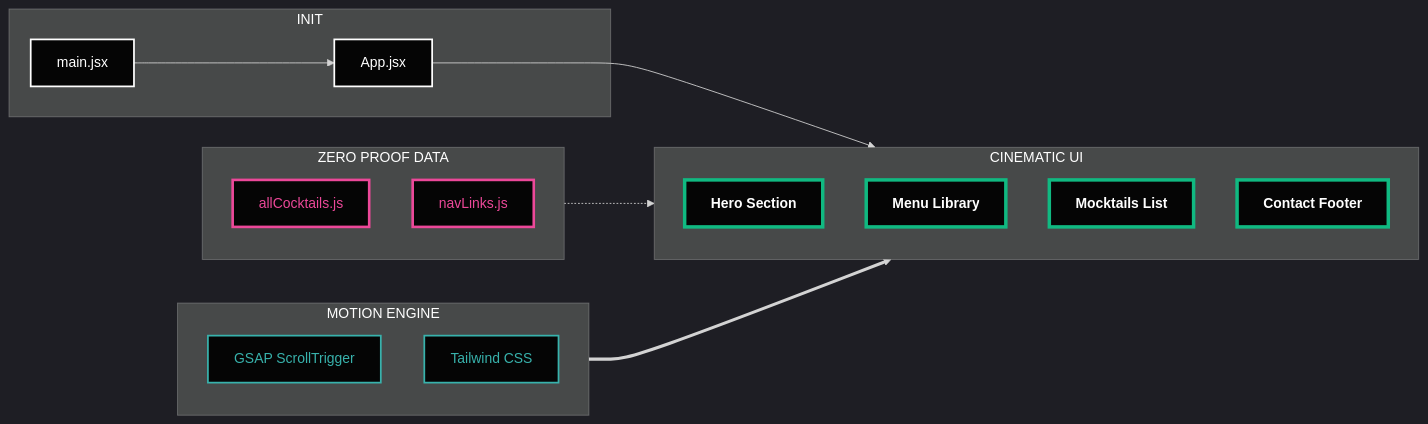
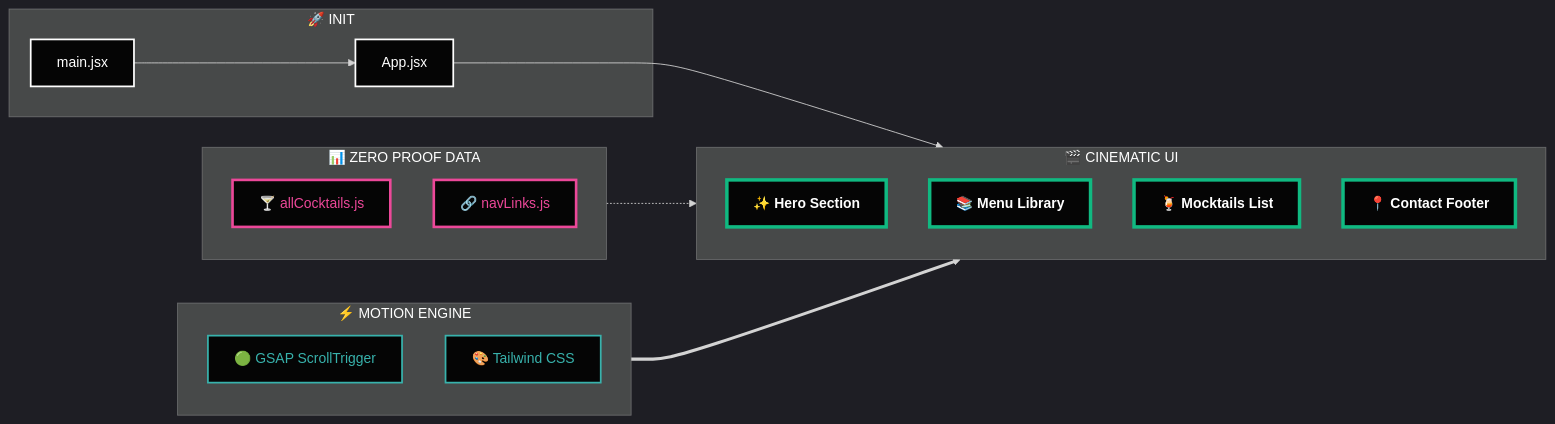
Before and after one commit to salonyranjan/Mocktail: the diagram in README.md, drawn with Mermaid. The commit also changed other lines of this file, not shown here.

````diff
--- a/README.md
+++ b/README.md
@@ -223,39 +372,39 @@
 ```mermaid
 %%{init: {'theme': 'dark', 'themeVariables': { 'fontSize': '16px', 'primaryColor': '#10b981'}}}%%
 
 graph LR
-    subgraph Root [INIT]
+    subgraph Root ["🚀 INIT"]
         Main[main.jsx] --> App[App.jsx]
     end
 
-    subgraph Engine [MOTION ENGINE]
-        GSAP[GSAP ScrollTrigger]
-        Tailwind[Tailwind CSS]
+    subgraph Engine ["⚡ MOTION ENGINE"]
+        GSAP[🟢 GSAP ScrollTrigger]
+        Tailwind[🎨 Tailwind CSS]
     end
 
-    subgraph Data [ZERO PROOF DATA]
-        Cocktails[allCocktails.js]
-        Nav[navLinks.js]
+    subgraph Data ["📊 ZERO PROOF DATA"]
+        Cocktails[🍸 allCocktails.js]
+        Nav[🔗 navLinks.js]
     end
 
-    subgraph UI [CINEMATIC UI]
-        Hero[Hero Section]
-        Menu[Menu Library]
-        Mocktails[Mocktails List]
-        Contact[Contact Footer]
+    subgraph UI ["🎬 CINEMATIC UI"]
+        Hero[✨ Hero Section]
+        Menu[📚 Menu Library]
+        Mocktails[🍹 Mocktails List]
+        Contact[📍 Contact Footer]
     end
 
     App --> UI
     Data -.-> UI
     Engine ==> UI
 
     classDef root fill:#050505,stroke:#fff,stroke-width:2px,color:#fff;
     classDef section fill:#050505,stroke:#10b981,stroke-width:4px,color:#fff,font-weight:bold;
     classDef data fill:#050505,stroke:#ec4899,stroke-width:3px,color:#ec4899;
     classDef engine fill:#050505,stroke:#38b2ac,stroke-width:2px,color:#38b2ac;
 
     class Main,App root;
     class Hero,Menu,Mocktails,Contact section;
     class Cocktails,Nav data;
     class GSAP,Tailwind engine;
 ```
````
